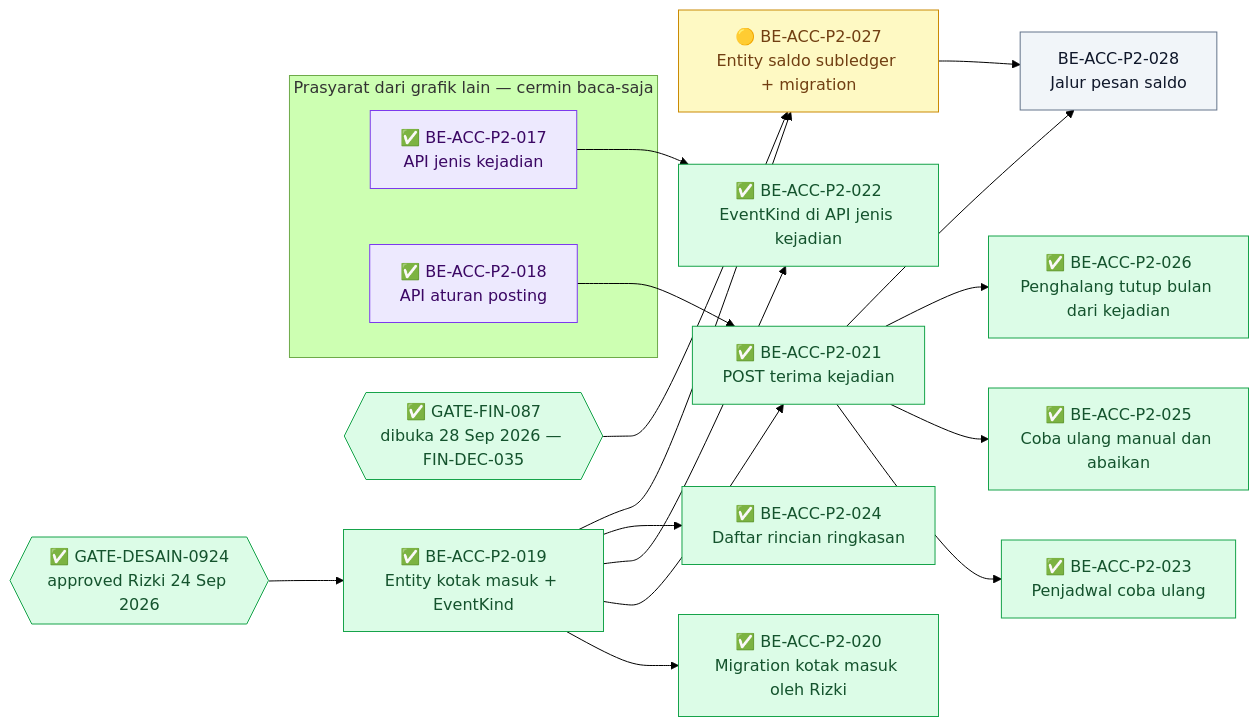
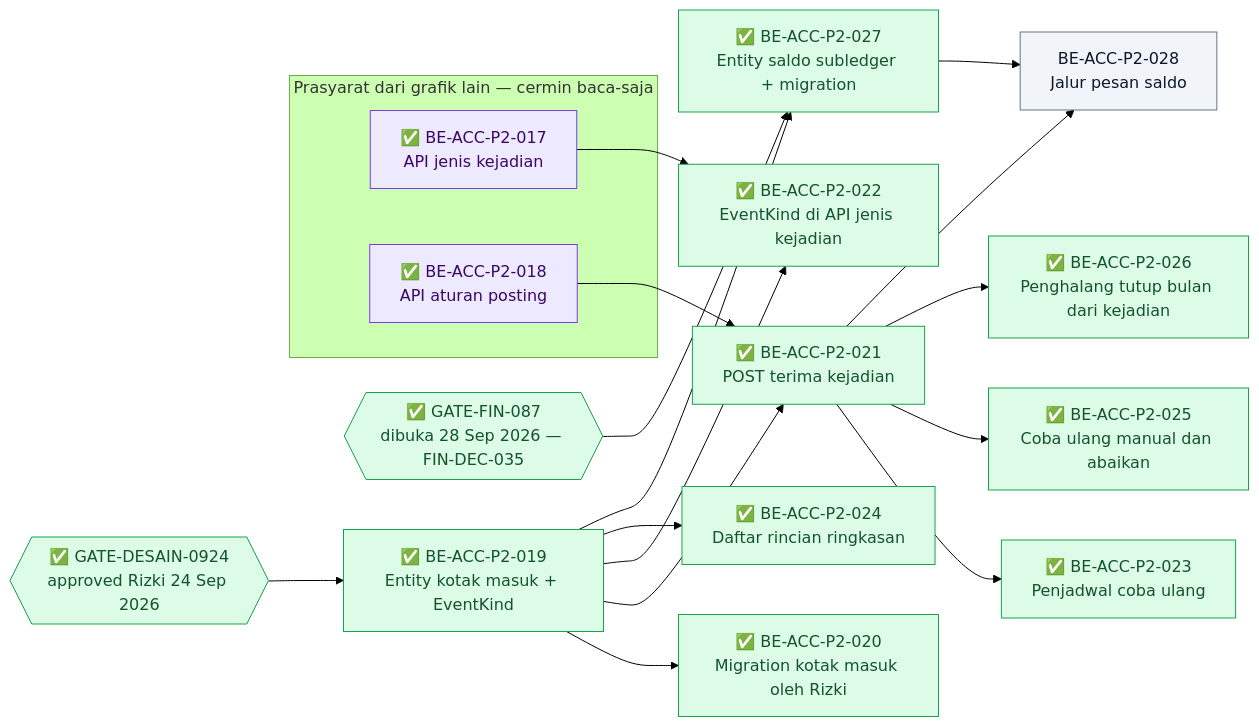
The fourth of 4 diagrams in docs/module-blueprints/accounting/roadmap/backend-roadmap-phase2.md (DevBenari/NewQuilvianSystemBackend), drawn with Mermaid (forest theme) before and after one commit. The commit also changed other lines of this file and 3 other files, not shown here.

Commit message:
docs(accounting): BE-ACC-P2-027 selesai, migration AddAccSubledgerBalance diterapkan

````diff
--- a/docs/module-blueprints/accounting/roadmap/backend-roadmap-phase2.md
+++ b/docs/module-blueprints/accounting/roadmap/backend-roadmap-phase2.md
@@ -696,42 +696,42 @@
 ```mermaid
 flowchart LR
     classDef selesai fill:#DCFCE7,stroke:#16A34A,color:#14532D
     classDef sebagian fill:#FEF9C3,stroke:#CA8A04,color:#713F12
     classDef terblokir fill:#FEE2E2,stroke:#DC2626,color:#7F1D1D
     classDef belum fill:#F1F5F9,stroke:#64748B,color:#0F172A
     classDef luar fill:#EDE9FE,stroke:#7C3AED,color:#3B0764
 
     subgraph cermin["Prasyarat dari grafik lain — cermin baca-saja"]
         MBEACCP2017["✅ BE-ACC-P2-017<br/>API jenis kejadian"]:::luar
         MBEACCP2018["✅ BE-ACC-P2-018<br/>API aturan posting"]:::luar
     end
 
     GDES{{"✅ GATE-DESAIN-0924<br/>approved Rizki 24 Sep 2026"}}:::selesai
     GFIN{{"✅ GATE-FIN-087<br/>dibuka 28 Sep 2026 — FIN-DEC-035"}}:::selesai
 
     BEACCP2019["✅ BE-ACC-P2-019<br/>Entity kotak masuk + EventKind"]:::selesai
     BEACCP2020["✅ BE-ACC-P2-020<br/>Migration kotak masuk oleh Rizki"]:::selesai
     BEACCP2021["✅ BE-ACC-P2-021<br/>POST terima kejadian"]:::selesai
     BEACCP2022["✅ BE-ACC-P2-022<br/>EventKind di API jenis kejadian"]:::selesai
     BEACCP2023["✅ BE-ACC-P2-023<br/>Penjadwal coba ulang"]:::selesai
     BEACCP2024["✅ BE-ACC-P2-024<br/>Daftar rincian ringkasan"]:::selesai
     BEACCP2025["✅ BE-ACC-P2-025<br/>Coba ulang manual dan abaikan"]:::selesai
     BEACCP2026["✅ BE-ACC-P2-026<br/>Penghalang tutup bulan dari kejadian"]:::selesai
-    BEACCP2027["🟡 BE-ACC-P2-027<br/>Entity saldo subledger + migration"]:::sebagian
+    BEACCP2027["✅ BE-ACC-P2-027<br/>Entity saldo subledger + migration"]:::selesai
     BEACCP2028["BE-ACC-P2-028<br/>Jalur pesan saldo"]:::belum
 
     GDES --> BEACCP2019
     BEACCP2019 --> BEACCP2020
     BEACCP2019 --> BEACCP2021
     MBEACCP2018 --> BEACCP2021
     BEACCP2019 --> BEACCP2022
     MBEACCP2017 --> BEACCP2022
     BEACCP2021 --> BEACCP2023
     BEACCP2019 --> BEACCP2024
     BEACCP2021 --> BEACCP2025
     BEACCP2021 --> BEACCP2026
     GFIN --> BEACCP2027
     BEACCP2019 --> BEACCP2027
     BEACCP2021 --> BEACCP2028
     BEACCP2027 --> BEACCP2028
 ```
````
